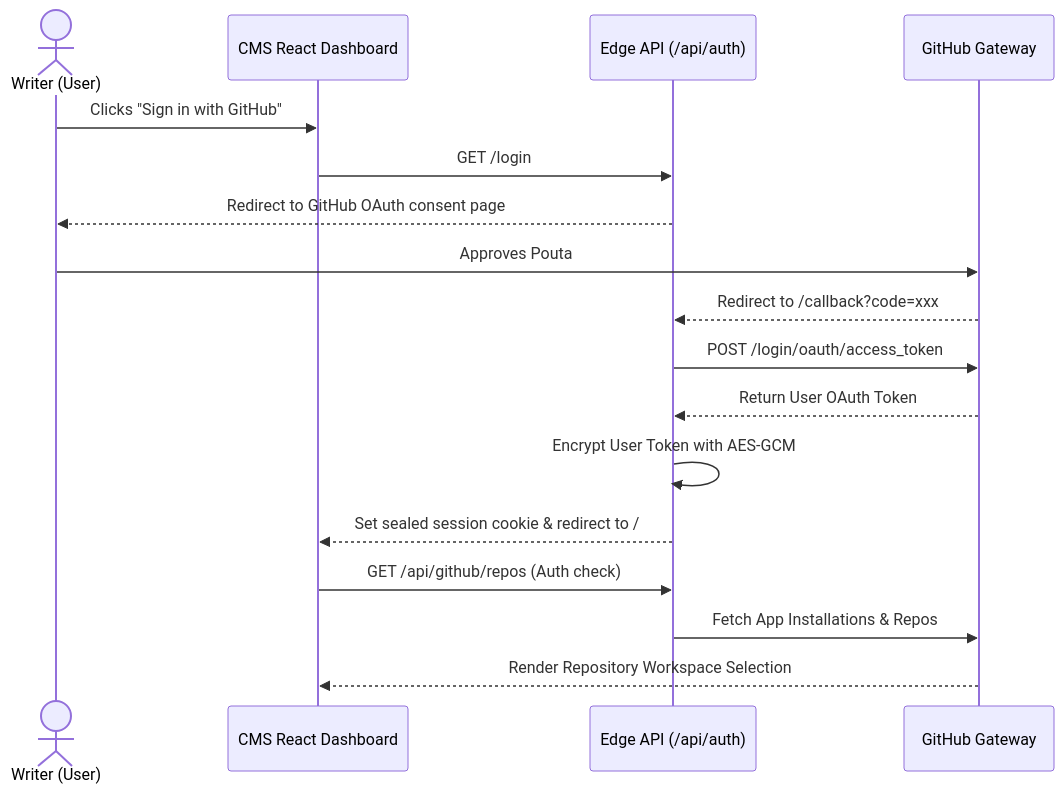
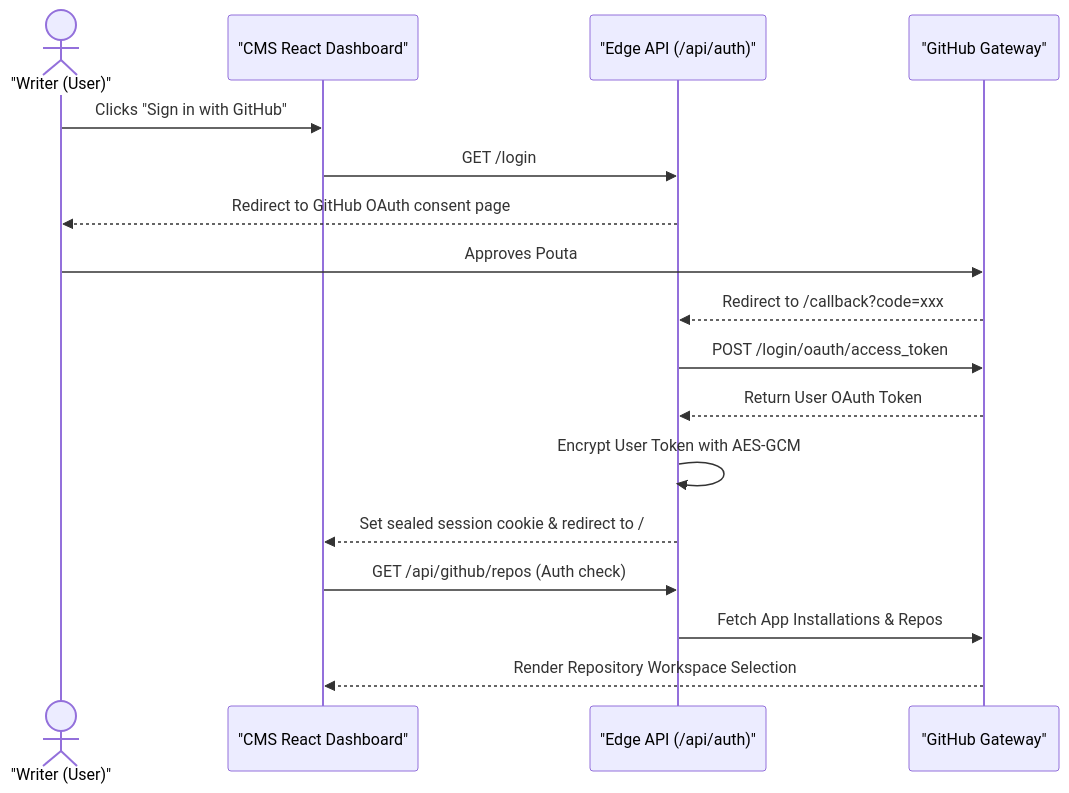
The fourth of 7 diagrams in ARCHITECTURE.md (pouta-cms/cms), drawn with Mermaid before and after one commit. The commit also changed other lines of this file, not shown here.

Commit message:
docs: update ARCHITECTURE.md with Workers AI pipelines, Paywall Gate (#11)

````diff
--- a/ARCHITECTURE.md
+++ b/ARCHITECTURE.md
@@ -274,20 +274,20 @@
 ```mermaid
 sequenceDiagram
-    actor Writer as Writer (User)
-    participant UI as CMS React Dashboard
-    participant API as Edge API (/api/auth)
-    participant GH as GitHub Gateway
+    actor Writer as "Writer (User)"
+    participant UI as "CMS React Dashboard"
+    participant API as "Edge API (/api/auth)"
+    participant GH as "GitHub Gateway"
 
     Writer->>UI: Clicks "Sign in with GitHub"
     UI->>API: GET /login
     API-->>Writer: Redirect to GitHub OAuth consent page
     Writer->>GH: Approves Pouta
     GH-->>API: Redirect to /callback?code=xxx
     API->>GH: POST /login/oauth/access_token
     GH-->>API: Return User OAuth Token
     API->>API: Encrypt User Token with AES-GCM
     API-->>UI: Set sealed session cookie & redirect to /
     UI->>API: GET /api/github/repos (Auth check)
     API->>GH: Fetch App Installations & Repos
     GH-->>UI: Render Repository Workspace Selection
 ```
````
